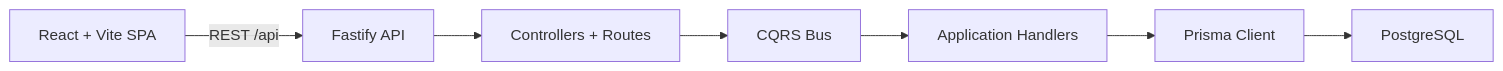
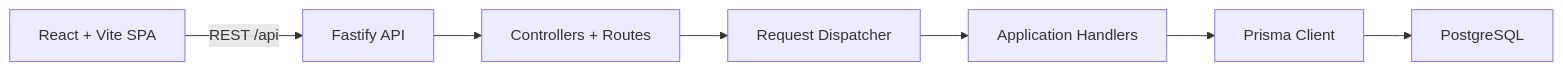
One commit to phumin89/PocketLedger changed the diagram in README.md. Above: the diagram before and after it, drawn with Mermaid. The commit also changed other lines of this file and 25 other files, not shown here.

````diff
--- a/README.md
+++ b/README.md
@@ -36,9 +36,9 @@
 ```mermaid
 flowchart LR
     A["React + Vite SPA"] -->|REST /api| B["Fastify API"]
     B --> C["Controllers + Routes"]
-    C --> D["CQRS Bus"]
+    C --> D["Request Dispatcher"]
     D --> E["Application Handlers"]
     E --> F["Prisma Client"]
     F --> G["PostgreSQL"]
 ```
````
